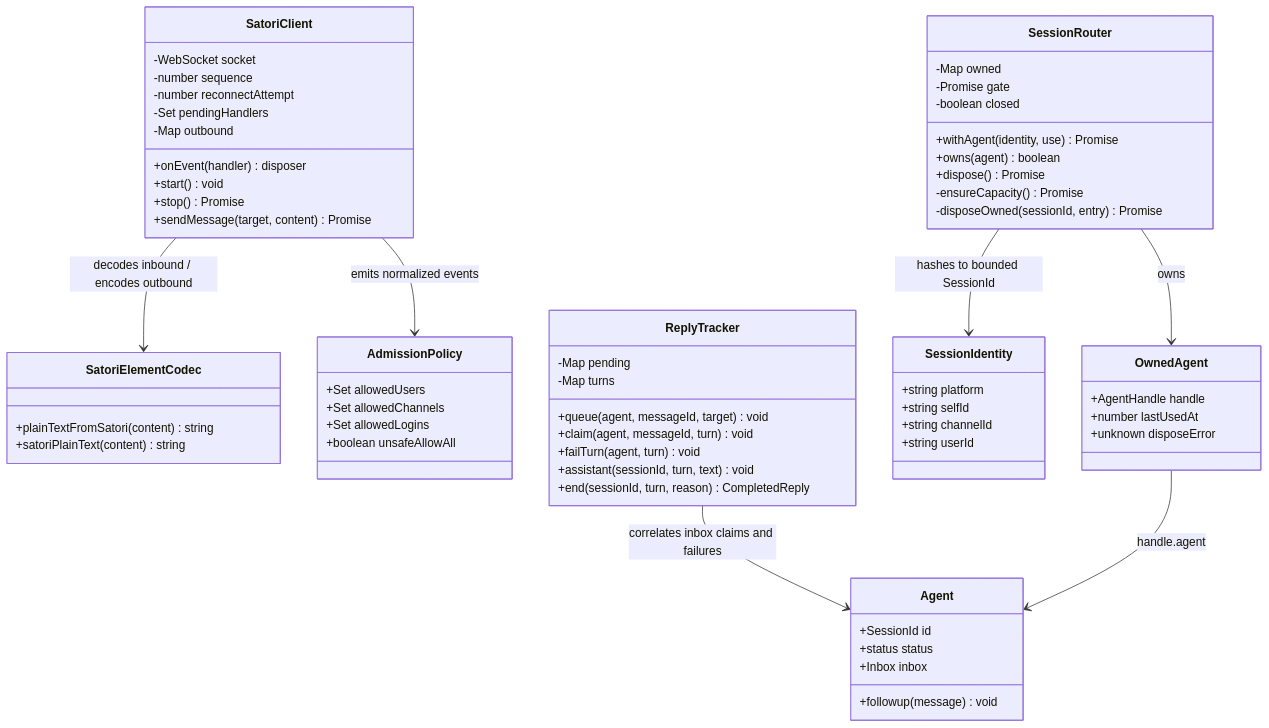
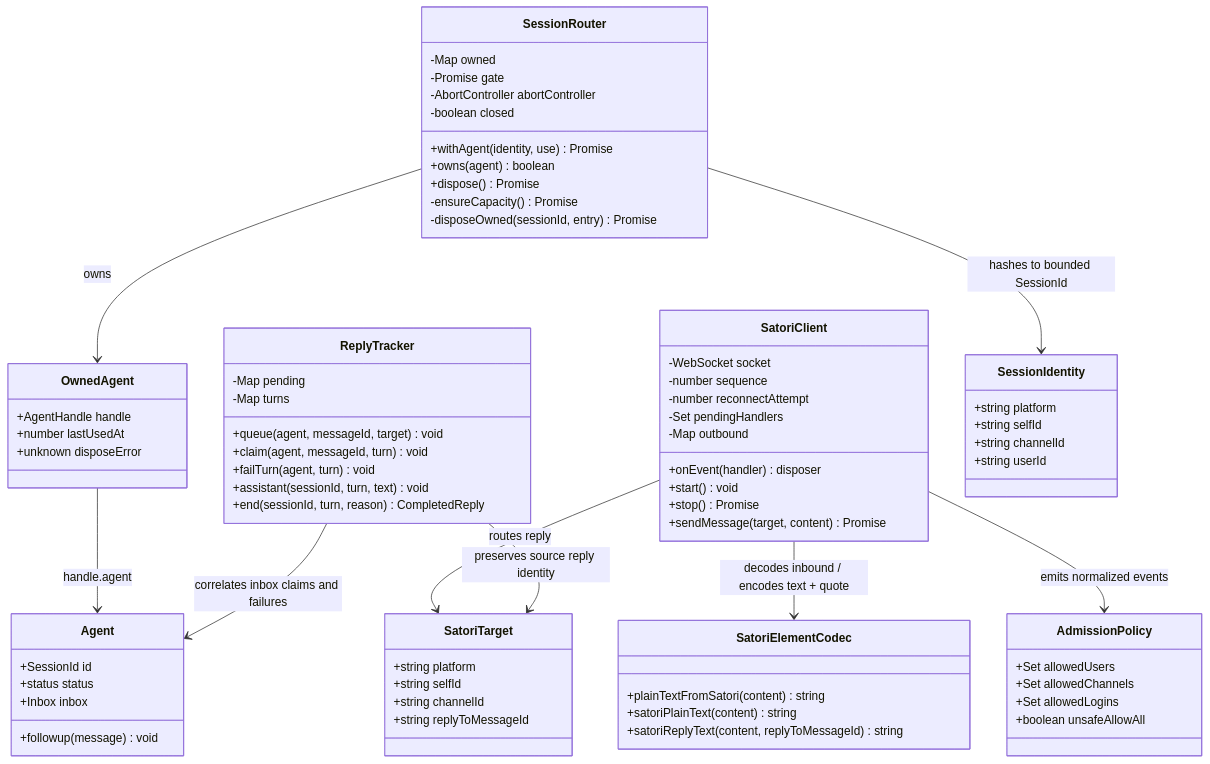
Before and after one commit to Ri0n72Y/dsh-satori: the diagram in docs/uml.md, drawn with Mermaid. The commit also changed 17 other files, not shown here.

````diff
--- a/docs/uml.md
+++ b/docs/uml.md
@@ -14,14 +14,23 @@
         +sendMessage(target, content) Promise
     }
 
+    class SatoriTarget {
+        +string platform
+        +string selfId
+        +string channelId
+        +string replyToMessageId
+    }
+
     class SatoriElementCodec {
         +plainTextFromSatori(content) string
         +satoriPlainText(content) string
+        +satoriReplyText(content, replyToMessageId) string
     }
 
     class SessionRouter {
         -Map owned
         -Promise gate
+        -AbortController abortController
         -boolean closed
         +withAgent(identity, use) Promise
         +owns(agent) boolean
@@ -67,10 +76,12 @@
         +Inbox inbox
     }
 
-    SatoriClient --> SatoriElementCodec : decodes inbound / encodes outbound
+    SatoriClient --> SatoriTarget : routes reply
+    SatoriClient --> SatoriElementCodec : decodes inbound / encodes text + quote
     SatoriClient --> AdmissionPolicy : emits normalized events
     SessionRouter --> SessionIdentity : hashes to bounded SessionId
     SessionRouter --> OwnedAgent : owns
     OwnedAgent --> Agent : handle.agent
+    ReplyTracker --> SatoriTarget : preserves source reply identity
     ReplyTracker --> Agent : correlates inbox claims and failures
 ```
````
